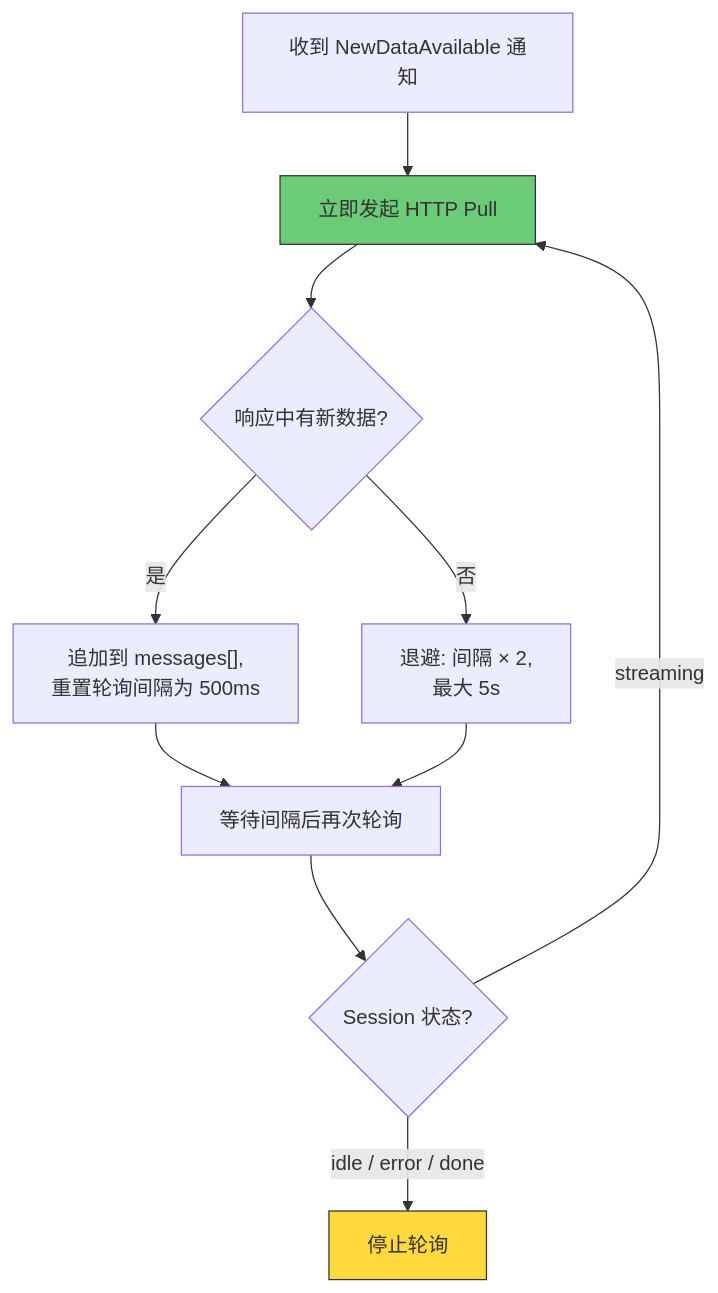
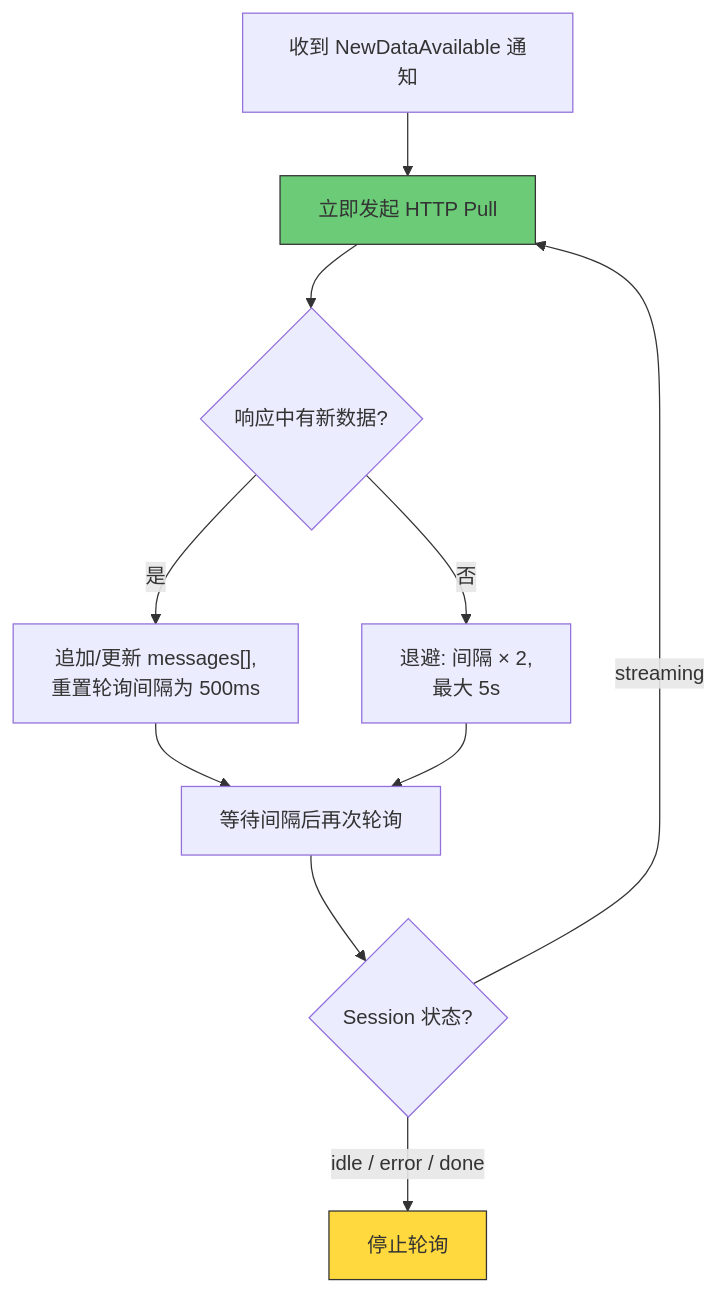
The third of 5 diagrams in docs/adr/zh/ADR-021-unified-session-data-loading.md (tranxon/AgentCowork), drawn with Mermaid before and after one commit. The commit also changed other lines of this file and 31 other files, not shown here.

````diff
--- a/docs/adr/zh/ADR-021-unified-session-data-loading.md
+++ b/docs/adr/zh/ADR-021-unified-session-data-loading.md
@@ -353,15 +399,15 @@
 ```mermaid
 graph TD
     A["收到 NewDataAvailable 通知"] --> B["立即发起 HTTP Pull"]
     B --> C{"响应中有新数据?"}
-    C -->|"是"| D["追加到 messages[],<br/>重置轮询间隔为 500ms"]
+    C -->|"是"| D["追加/更新 messages[],<br/>重置轮询间隔为 500ms"]
     C -->|"否"| E["退避: 间隔 × 2,<br/>最大 5s"]
     D --> F["等待间隔后再次轮询"]
     E --> F
     F --> G{"Session 状态?"}
     G -->|"streaming"| B
     G -->|"idle / error / done"| H["停止轮询"]
 
     style B fill:#6bcb77,stroke:#333
     style H fill:#ffd93d,stroke:#333
 ```
````
